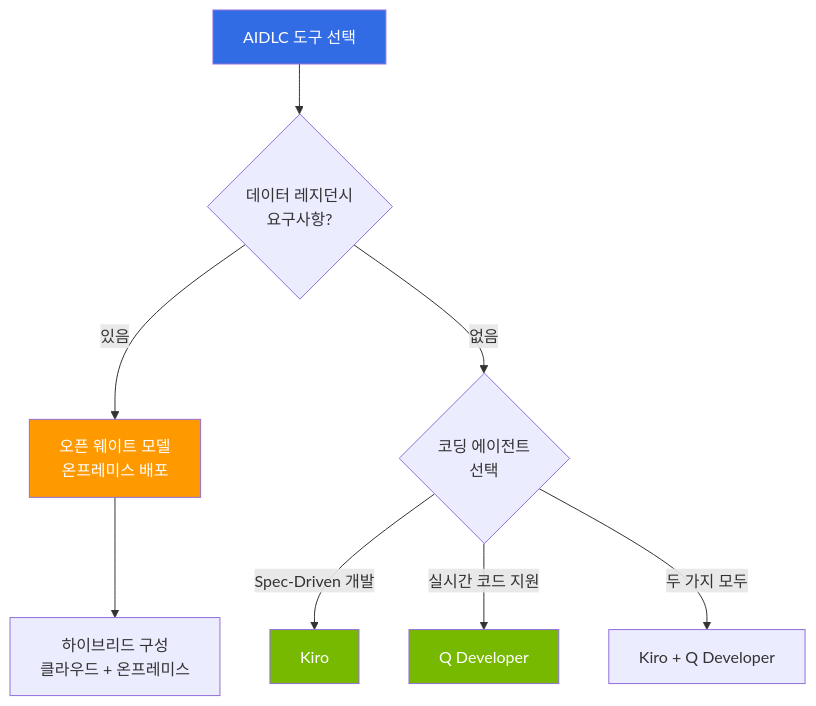
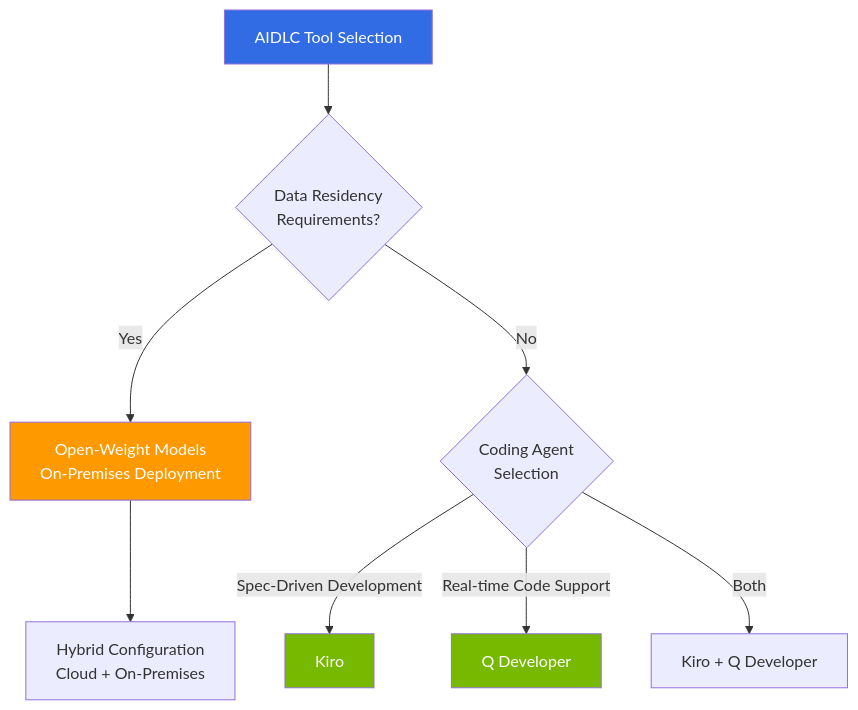
Before and after one commit to devfloor9/engineering-playbook: the diagram in docs/aidlc/toolchain/index.md, drawn with Mermaid. The commit also changed other lines of this file and 954 other files, not shown here.

````diff
--- a/docs/aidlc/toolchain/index.md
+++ b/docs/aidlc/toolchain/index.md
@@ -31,15 +29,15 @@
 ```mermaid
 flowchart TD
-    START["AIDLC 도구 선택"] --> Q1{"데이터 레지던시<br/>요구사항?"}
-    Q1 -->|있음| OW["오픈 웨이트 모델<br/>온프레미스 배포"]
-    Q1 -->|없음| Q2{"코딩 에이전트<br/>선택"}
-    Q2 -->|"Spec-Driven 개발"| KIRO["Kiro"]
-    Q2 -->|"실시간 코드 지원"| QD["Q Developer"]
-    Q2 -->|"두 가지 모두"| BOTH["Kiro + Q Developer"]
-    OW --> HYBRID["하이브리드 구성<br/>클라우드 + 온프레미스"]
+    START["AIDLC Tool Selection"] --> Q1{"Data Residency<br/>Requirements?"}
+    Q1 -->|Yes| OW["Open-Weight Models<br/>On-Premises Deployment"]
+    Q1 -->|No| Q2{"Coding Agent<br/>Selection"}
+    Q2 -->|"Spec-Driven Development"| KIRO["Kiro"]
+    Q2 -->|"Real-time Code Support"| QD["Q Developer"]
+    Q2 -->|"Both"| BOTH["Kiro + Q Developer"]
+    OW --> HYBRID["Hybrid Configuration<br/>Cloud + On-Premises"]
 
     style START fill:#326ce5,color:#fff
     style OW fill:#ff9900,color:#fff
     style KIRO fill:#76b900,color:#fff
     style QD fill:#76b900,color:#fff
 ```
````
